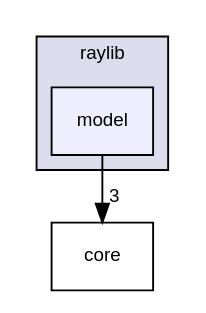
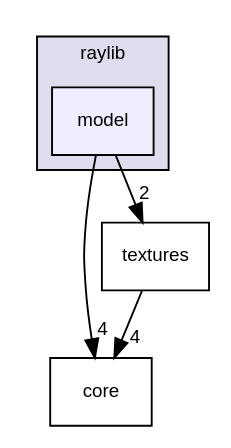
One commit to MisterPeModder/Bomberman-Global-Offensive changed the diagram in dir_db37c42d313def05fbfe463294e4c39f_dep.dot. Above: the diagram before and after it, drawn with Graphviz. The commit also changed 285 other files, not shown here.

```diff
--- a/dir_db37c42d313def05fbfe463294e4c39f_dep.dot
+++ b/dir_db37c42d313def05fbfe463294e4c39f_dep.dot
@@ -1,11 +1,14 @@
 digraph "src/raylib/model" {
   compound=true
   node [ fontsize="10", fontname="Helvetica"];
   edge [ labelfontsize="10", labelfontname="Helvetica"];
   subgraph clusterdir_d4cc5f0b3cfddd1b0952a9e00053f649 {
     graph [ bgcolor="#ddddee", pencolor="black", label="raylib" fontname="Helvetica", fontsize="10", URL="dir_d4cc5f0b3cfddd1b0952a9e00053f649.html"]
   dir_db37c42d313def05fbfe463294e4c39f [shape=box, label="model", style="filled", fillcolor="#eeeeff", pencolor="black", URL="dir_db37c42d313def05fbfe463294e4c39f.html"];
   }
   dir_8eb5564b7954c35d70c55c3a33ff6f37 [shape=box label="core" URL="dir_8eb5564b7954c35d70c55c3a33ff6f37.html"];
-  dir_db37c42d313def05fbfe463294e4c39f->dir_8eb5564b7954c35d70c55c3a33ff6f37 [headlabel="3", labeldistance=1.5 headhref="dir_000019_000018.html"];
+  dir_21bb1922019bb3d52d5ae9abdf0a2a00 [shape=box label="textures" URL="dir_21bb1922019bb3d52d5ae9abdf0a2a00.html"];
+  dir_db37c42d313def05fbfe463294e4c39f->dir_8eb5564b7954c35d70c55c3a33ff6f37 [headlabel="4", labeldistance=1.5 headhref="dir_000019_000018.html"];
+  dir_db37c42d313def05fbfe463294e4c39f->dir_21bb1922019bb3d52d5ae9abdf0a2a00 [headlabel="2", labeldistance=1.5 headhref="dir_000019_000021.html"];
+  dir_21bb1922019bb3d52d5ae9abdf0a2a00->dir_8eb5564b7954c35d70c55c3a33ff6f37 [headlabel="4", labeldistance=1.5 headhref="dir_000021_000018.html"];
 }
```
